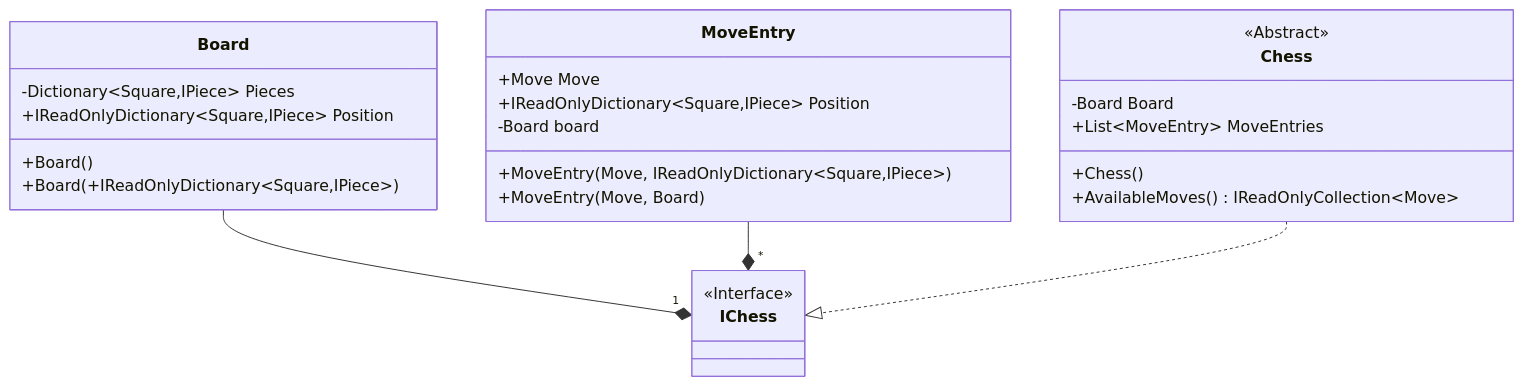
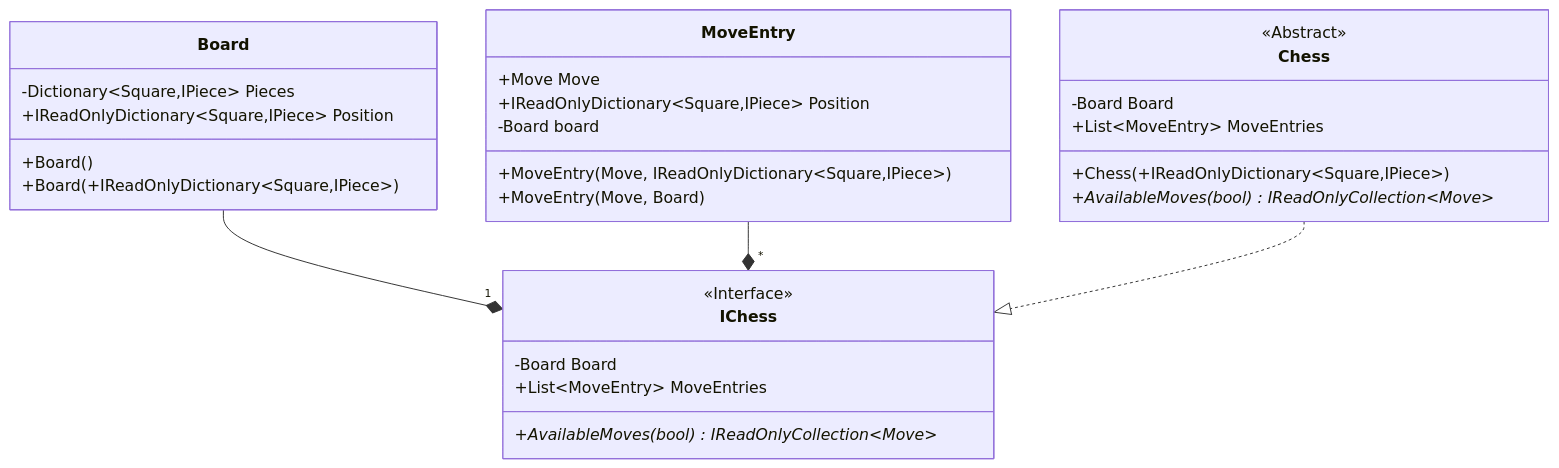
The diagram in UML Diagram/Core/Game.md (JeanLColombo/Mate), drawn with Mermaid before and after one commit. The commit also changed 1 other file, not shown here.

Commit message:
Update UML diagrams

````diff
--- a/UML Diagram/Core/Game.md
+++ b/UML Diagram/Core/Game.md
@@ -1,29 +1,32 @@
 ```mermaid
     classDiagram
     class IChess{
         <<Interface>>
+        -Board Board
+        +List~MoveEntry~ MoveEntries
+        +AvailableMoves(bool)* IReadOnlyCollection~Move~
     }
     class Chess{
         <<Abstract>>
         -Board Board
         +List~MoveEntry~ MoveEntries
-        +Chess()
-        +AvailableMoves() IReadOnlyCollection~Move~
+        +Chess(+IReadOnlyDictionary~Square,IPiece~)
+        +AvailableMoves(bool)* IReadOnlyCollection~Move~
     }
     class Board{
         -Dictionary~Square,IPiece~ Pieces
         +IReadOnlyDictionary~Square,IPiece~ Position 
         +Board()
         +Board(+IReadOnlyDictionary~Square,IPiece~)
     }
     class MoveEntry{
         +Move Move
         +IReadOnlyDictionary~Square,IPiece~ Position
         -Board board
         +MoveEntry(Move, IReadOnlyDictionary~Square,IPiece~)
         +MoveEntry(Move, Board)
     }
     Board --* "1" IChess
     MoveEntry --* "*" IChess
     Chess ..|> IChess
 ```
````
